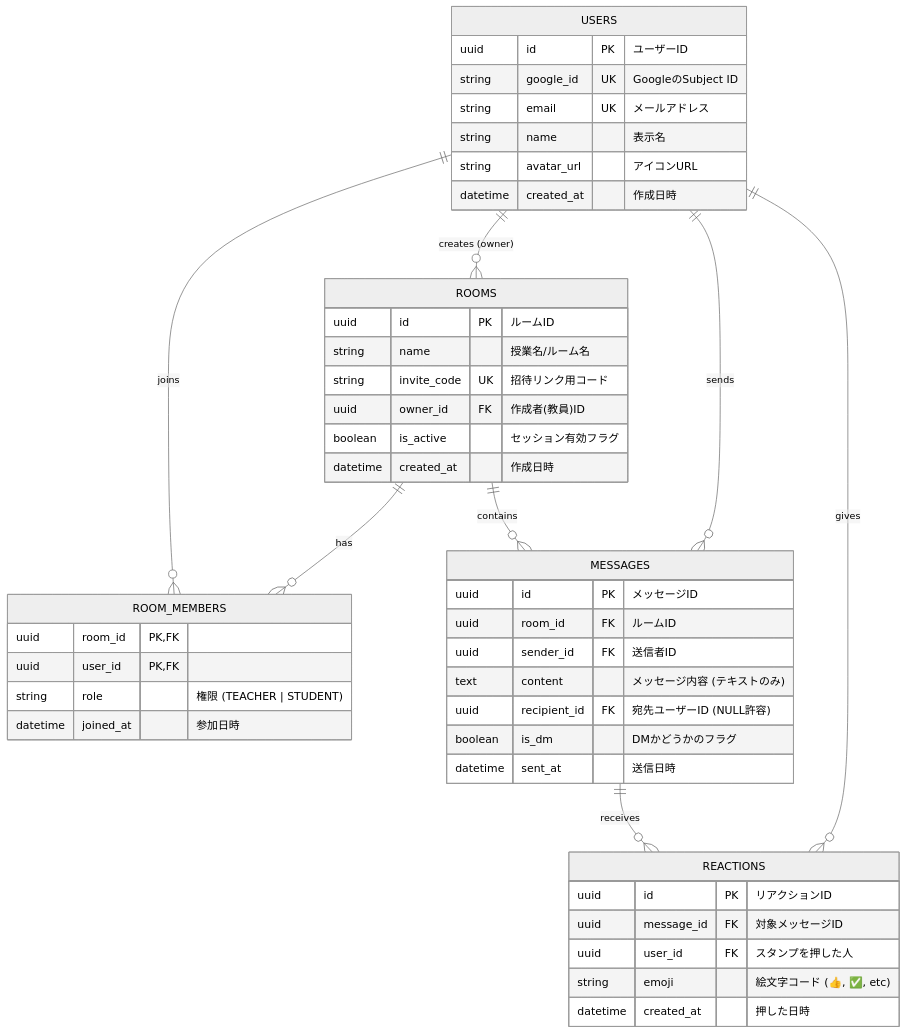
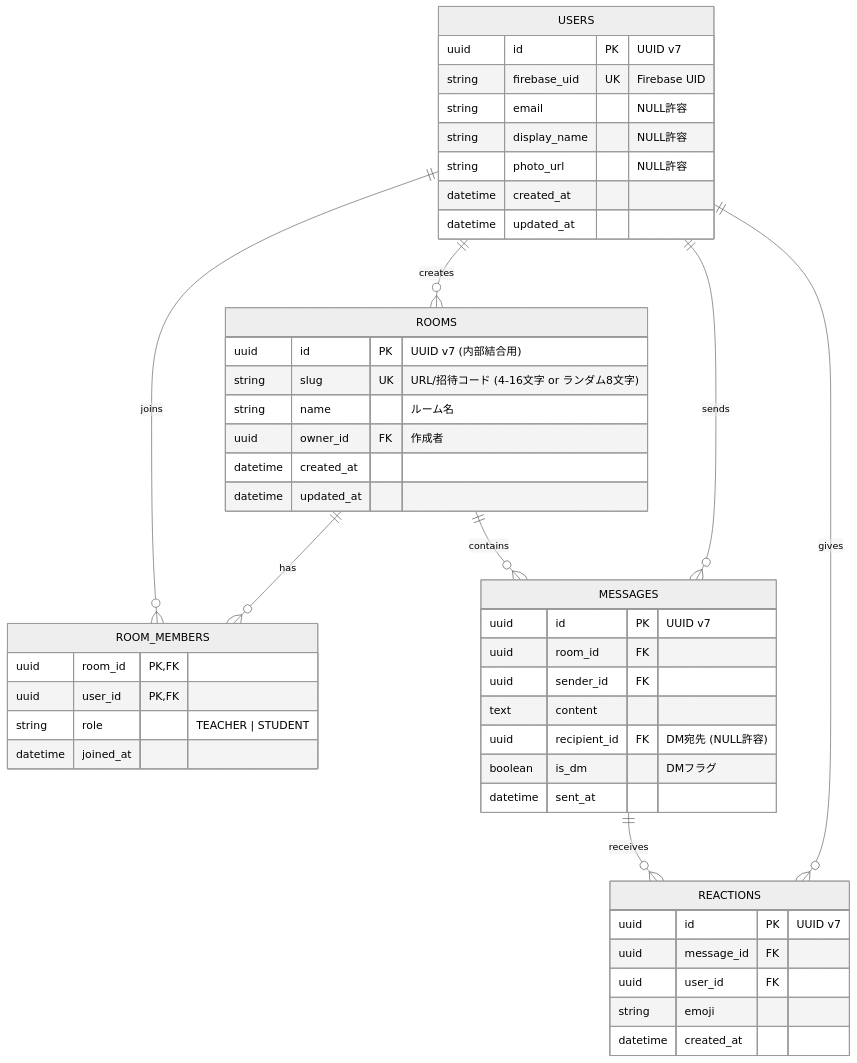
Before and after one commit to 24jy0236/axon: the diagram in docs/entity-relationship-diagram.md, drawn with Mermaid (neutral theme). The commit also changed 8 other files, not shown here.

````diff
--- a/docs/entity-relationship-diagram.md
+++ b/docs/entity-relationship-diagram.md
@@ -1,62 +1,59 @@
 ```mermaid
 erDiagram
-    %% ユーザー (Google認証で作成)
+    %% ユーザー (Firebase Auth連携)
     USERS {
-        uuid id PK "ユーザーID"
-        string google_id UK "GoogleのSubject ID"
-        string email UK "メールアドレス"
-        string name "表示名"
-        string avatar_url "アイコンURL"
-        datetime created_at "作成日時"
+        uuid id PK "UUID v7"
+        string firebase_uid UK "Firebase UID"
+        string email "NULL許容"
+        string display_name "NULL許容"
+        string photo_url "NULL許容"
+        datetime created_at
+        datetime updated_at
     }
 
-    %% チャットルーム (1授業 = 1ルーム)
+    %% チャットルーム (Slug = 招待ID)
     ROOMS {
-        uuid id PK "ルームID"
-        string name "授業名/ルーム名"
-        string invite_code UK "招待リンク用コード"
-        uuid owner_id FK "作成者(教員)ID"
-        boolean is_active "セッション有効フラグ"
-        datetime created_at "作成日時"
+        uuid id PK "UUID v7 (内部結合用)"
+        string slug UK "URL/招待コード (4-16文字 or ランダム8文字)"
+        string name "ルーム名"
+        uuid owner_id FK "作成者"
+        datetime created_at
+        datetime updated_at
     }
 
-    %% ルーム参加状況 (User <-> Room の多対多)
+    %% ルームメンバー
     ROOM_MEMBERS {
         uuid room_id PK, FK
         uuid user_id PK, FK
-        string role "権限 (TEACHER | STUDENT)"
-        datetime joined_at "参加日時"
+        string role "TEACHER | STUDENT"
+        datetime joined_at
     }
 
     %% メッセージ
     MESSAGES {
-        uuid id PK "メッセージID"
-        uuid room_id FK "ルームID"
-        uuid sender_id FK "送信者ID"
-        text content "メッセージ内容 (テキストのみ)"
-        %% DM用: NULLなら全体チャット, IDが入っていればその人(または教員グループ)宛
-        uuid recipient_id FK "宛先ユーザーID (NULL許容)" 
-        boolean is_dm "DMかどうかのフラグ"
-        datetime sent_at "送信日時"
+        uuid id PK "UUID v7"
+        uuid room_id FK
+        uuid sender_id FK
+        text content
+        uuid recipient_id FK "DM宛先 (NULL許容)"
+        boolean is_dm "DMフラグ"
+        datetime sent_at
     }
 
-    %% スタンプ/リアクション
+    %% リアクション
     REACTIONS {
-        uuid id PK "リアクションID"
-        uuid message_id FK "対象メッセージID"
-        uuid user_id FK "スタンプを押した人"
-        string emoji "絵文字コード (👍, ✅, etc)"
-        datetime created_at "押した日時"
+        uuid id PK "UUID v7"
+        uuid message_id FK
+        uuid user_id FK
+        string emoji
+        datetime created_at
     }
 
-    %% リレーション定義
-    USERS ||--o{ ROOMS : "creates (owner)"
+    USERS ||--o{ ROOMS : "creates"
     USERS ||--o{ ROOM_MEMBERS : "joins"
     ROOMS ||--o{ ROOM_MEMBERS : "has"
-    
     ROOMS ||--o{ MESSAGES : "contains"
     USERS ||--o{ MESSAGES : "sends"
-    
     MESSAGES ||--o{ REACTIONS : "receives"
     USERS ||--o{ REACTIONS : "gives"
 ```
````
